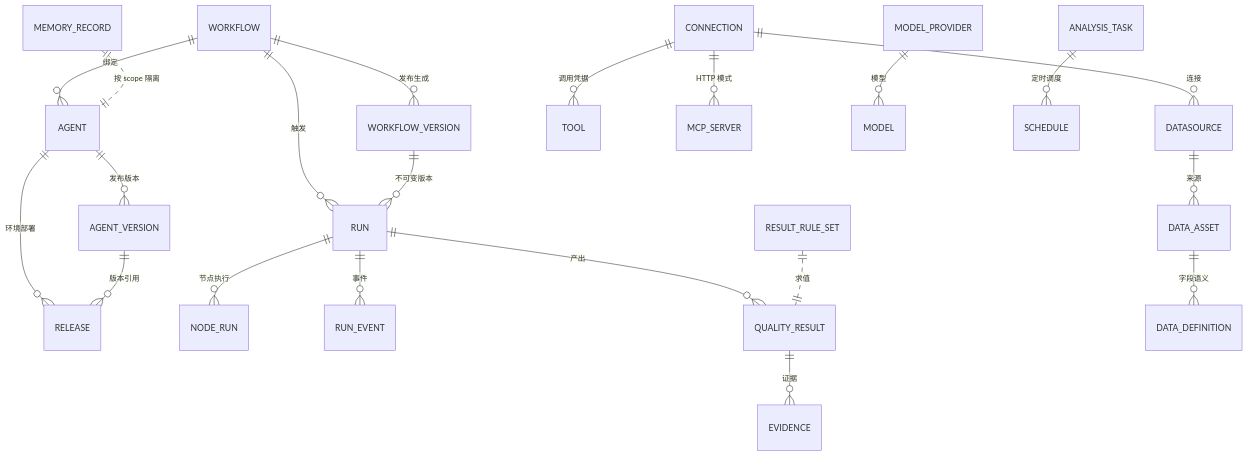
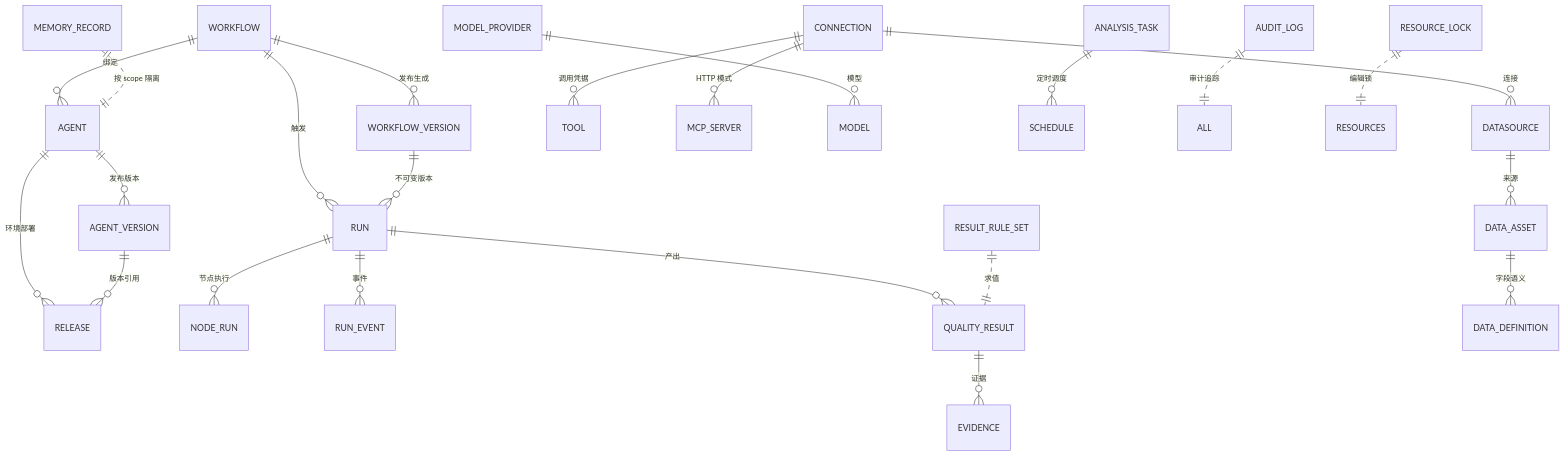
One commit to huiliuxu780/MoreThanCorn changed the second of 3 diagrams in .qoder/repowiki/zh/content/后端架构与 API.md. Above: the diagram before and after it, drawn with Mermaid. The commit also changed other lines of this file and 125 other files, not shown here.

````diff
--- a/.qoder/repowiki/zh/content/后端架构与 API.md
+++ b/.qoder/repowiki/zh/content/后端架构与 API.md
@@ -117,23 +140,25 @@
 ```mermaid
 erDiagram
 WORKFLOW ||--o{ WORKFLOW_VERSION : "发布生成"
 WORKFLOW ||--o{ AGENT : "绑定"
 WORKFLOW ||--o{ RUN : "触发"
 WORKFLOW_VERSION ||--o{ RUN : "不可变版本"
 AGENT ||--o{ AGENT_VERSION : "发布版本"
 AGENT ||--o{ RELEASE : "环境部署"
 AGENT_VERSION ||--o{ RELEASE : "版本引用"
 RUN ||--o{ NODE_RUN : "节点执行"
 RUN ||--o{ RUN_EVENT : "事件"
 RUN ||--o{ QUALITY_RESULT : "产出"
 QUALITY_RESULT ||--o{ EVIDENCE : "证据"
 RESULT_RULE_SET ||..|| QUALITY_RESULT : "求值"
 DATA_ASSET ||--o{ DATA_DEFINITION : "字段语义"
 DATASOURCE ||--o{ DATA_ASSET : "来源"
 CONNECTION ||--o{ TOOL : "调用凭据"
 CONNECTION ||--o{ DATASOURCE : "连接"
 CONNECTION ||--o{ MCP_SERVER : "HTTP 模式"
 MODEL_PROVIDER ||--o{ MODEL : "模型"
 MEMORY_RECORD ||..|| AGENT : "按 scope 隔离"
 ANALYSIS_TASK ||--o{ SCHEDULE : "定时调度"
+AUDIT_LOG ||..|| ALL : "审计追踪"
+RESOURCE_LOCK ||..|| RESOURCES : "编辑锁"
 ```
````
